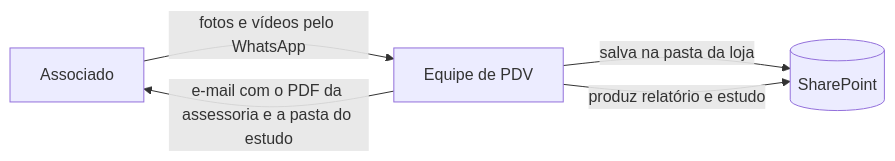
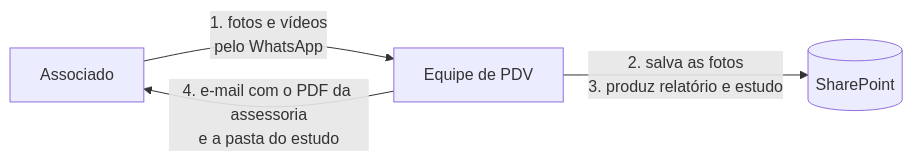
The first of 3 diagrams in docs/documentacao-do-projeto.md (oGuilhermeSoares/PDV---INOVA-O), drawn with Mermaid before and after one commit. The commit also changed other lines of this file, not shown here.

Commit message:
docs: simplifica os diagramas de fluxo atual e de arquitetura

````diff
--- a/docs/documentacao-do-projeto.md
+++ b/docs/documentacao-do-projeto.md
@@ -47,7 +47,6 @@
 ```mermaid
 flowchart LR
-    A["Associado"] -- "fotos e vídeos pelo WhatsApp" --> E["Equipe de PDV"]
-    E -- "salva na pasta da loja" --> SP[("SharePoint")]
-    E -- "produz relatório e estudo" --> SP
-    E -- "e-mail com o PDF da assessoria e a pasta do estudo" --> A
+    A["Associado"] -- "1. fotos e vídeos<br/>pelo WhatsApp" --> E["Equipe de PDV"]
+    E -- "2. salva as fotos<br/>3. produz relatório e estudo" --> SP[("SharePoint")]
+    E -- "4. e-mail com o PDF da assessoria<br/>e a pasta do estudo" --> A
 ```
````
